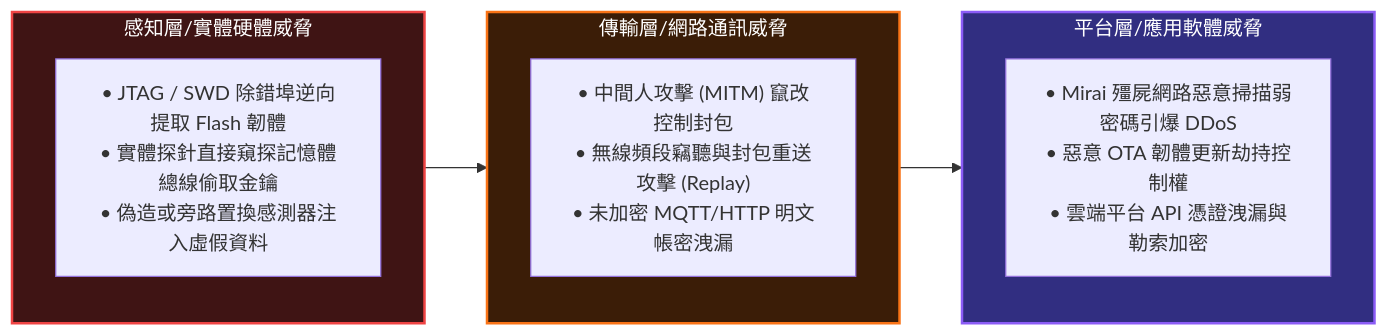
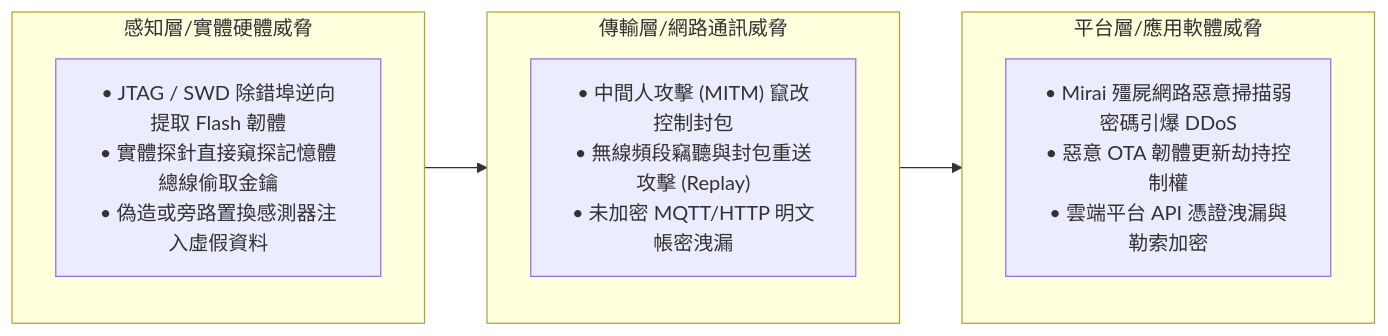
The fifth of 5 diagrams in exam/notes/aiot/s1_AIoT基礎概論/L112_AIoT基礎與架構.md (ta-lang/iPAS_Test), drawn with Mermaid before and after one commit. The commit also changed other lines of this file and 16 other files, not shown here.

Commit message:
fix(mermaid): remove hardcoded styles, add high-contrast theme CSS, and forbid color styling in SOP

````diff
--- a/exam/notes/aiot/s1_AIoT基礎概論/L112_AIoT基礎與架構.md
+++ b/exam/notes/aiot/s1_AIoT基礎概論/L112_AIoT基礎與架構.md
@@ -295,20 +269,17 @@
 ```mermaid
 flowchart LR
     subgraph T1["感知層/實體硬體威脅"]
         A1["• JTAG / SWD 除錯埠逆向提取 Flash 韌體<br>• 實體探針直接窺探記憶體總線偷取金鑰<br>• 偽造或旁路置換感測器注入虛假資料"]
     end
 
     subgraph T2["傳輸層/網路通訊威脅"]
         A2["• 中間人攻擊 (MITM) 竄改控制封包<br>• 無線頻段竊聽與封包重送攻擊 (Replay)<br>• 未加密 MQTT/HTTP 明文帳密洩漏"]
     end
 
     subgraph T3["平台層/應用軟體威脅"]
         A3["• Mirai 殭屍網路惡意掃描弱密碼引爆 DDoS<br>• 惡意 OTA 韌體更新劫持控制權<br>• 雲端平台 API 憑證洩漏與勒索加密"]
     end
 
     T1 --> T2 --> T3
 
-    style T1 fill:#3f1414,stroke:#ef4444,stroke-width:2px,color:#fff
-    style T2 fill:#3b1d07,stroke:#f97316,stroke-width:2px,color:#fff
-    style T3 fill:#312e81,stroke:#8b5cf6,stroke-width:2px,color:#fff
 ```
````
